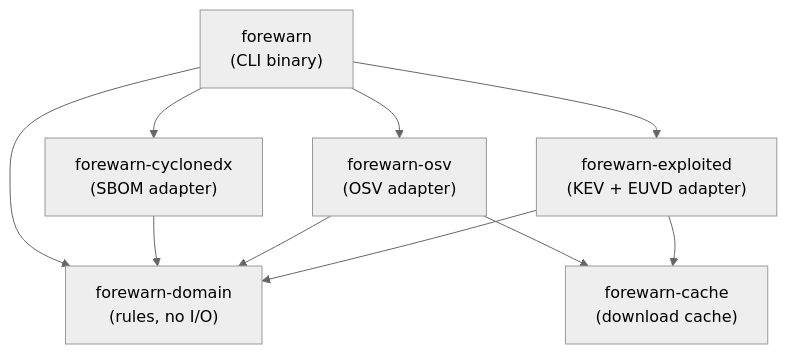
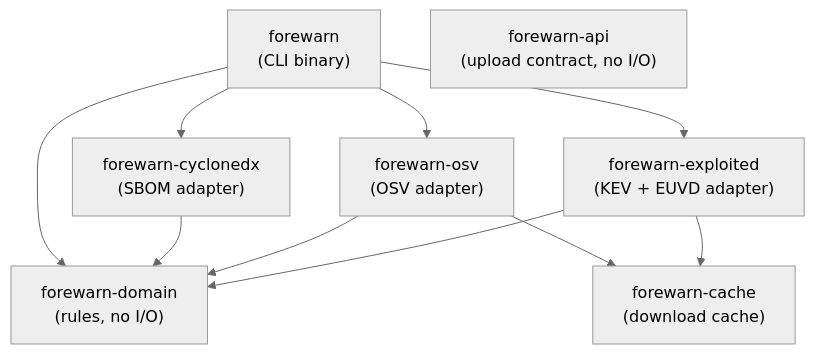
Before and after one commit to Electron-libre/forewarn-cli: the first of 2 diagrams in docs/architecture.md, drawn with Mermaid (neutral theme). The commit also changed other lines of this file and 10 other files, not shown here.

First line of the commit message:
feat(api): build the route of an SBOM upload to a Forewarn service

````diff
--- a/docs/architecture.md
+++ b/docs/architecture.md
@@ -25,14 +25,15 @@
 ```mermaid
 flowchart TD
     cli["forewarn<br/>(CLI binary)"]
     cdx["forewarn-cyclonedx<br/>(SBOM adapter)"]
     osv["forewarn-osv<br/>(OSV adapter)"]
     exp["forewarn-exploited<br/>(KEV + EUVD adapter)"]
     cache["forewarn-cache<br/>(download cache)"]
     domain["forewarn-domain<br/>(rules, no I/O)"]
+    api["forewarn-api<br/>(upload contract, no I/O)"]
 
     cli --> cdx & osv & exp & domain
     cdx --> domain
     osv --> domain & cache
     exp --> domain & cache
 ```
````
